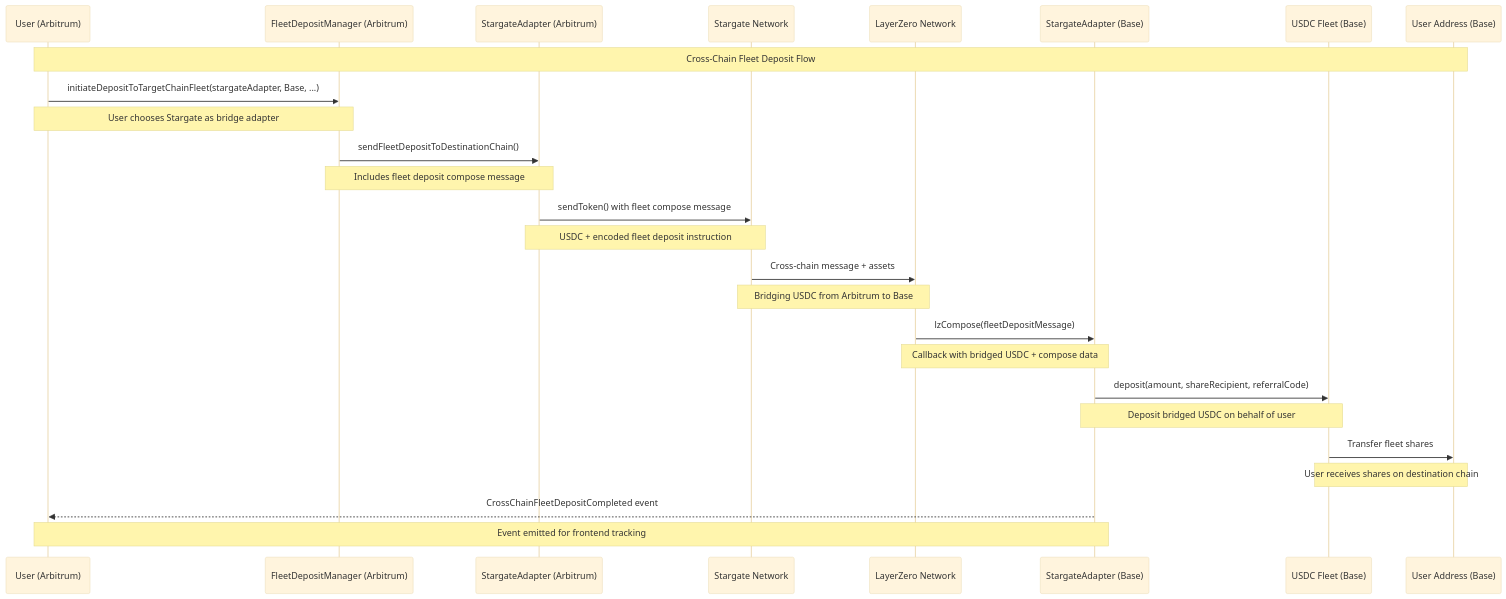
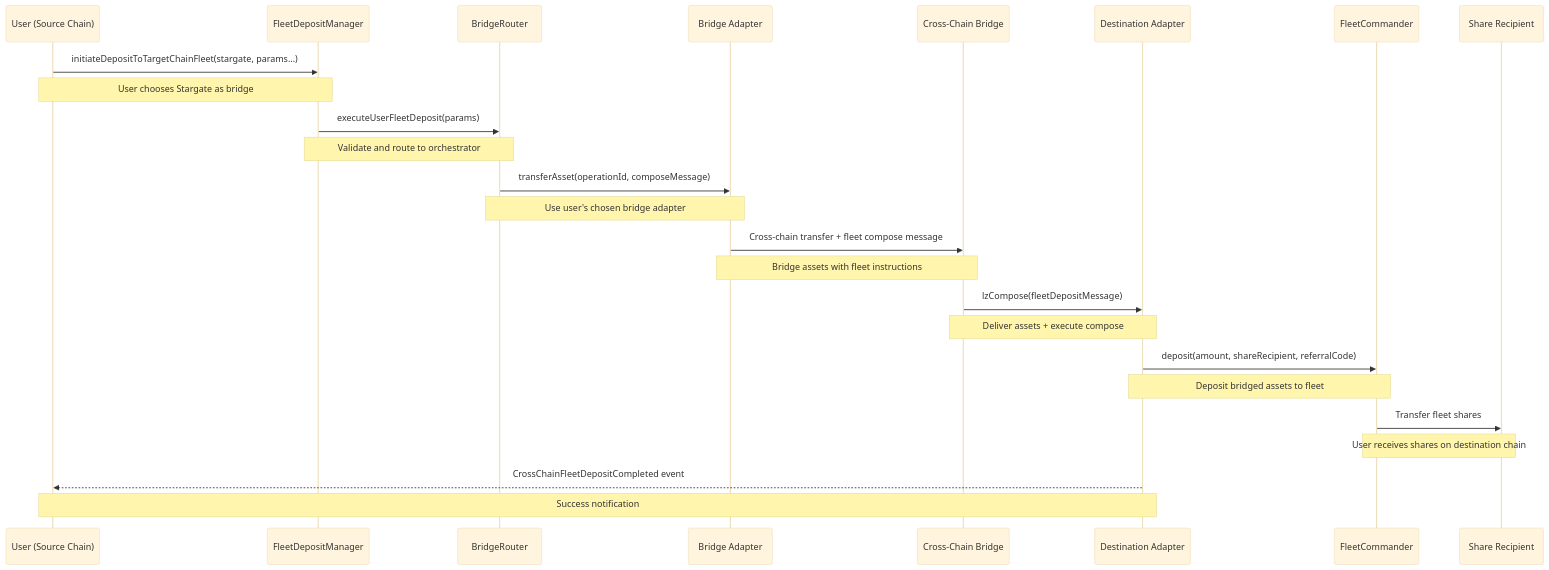
Before and after one commit to OasisDEX/summer-earn-protocol: the second of 2 diagrams in packages/core-contracts/CROSS_CHAIN_FLEET_DEPOSITS.md, drawn with Mermaid (base theme). The commit also changed other lines of this file, not shown here.

First line of the commit message:
docs: refine Cross-Chain Fleet Deposits implementation guide

````diff
--- a/packages/core-contracts/CROSS_CHAIN_FLEET_DEPOSITS.md
+++ b/packages/core-contracts/CROSS_CHAIN_FLEET_DEPOSITS.md
@@ -256,41 +143,35 @@
 ```mermaid
 sequenceDiagram
-    participant User as User (Arbitrum)
-    participant FleetDepositManager as FleetDepositManager (Arbitrum)
-    participant SourceAdapter as StargateAdapter (Arbitrum)  
-    participant Stargate as Stargate Network
-    participant LayerZero as LayerZero Network
-    participant DestAdapter as StargateAdapter (Base)
-    participant FleetCommander as USDC Fleet (Base)
-    participant ShareRecipient as User Address (Base)
+    participant User as User (Source Chain)
+    participant FDM as FleetDepositManager
+    participant BR as BridgeRouter
+    participant Adapter as Bridge Adapter
+    participant Bridge as Cross-Chain Bridge
+    participant DestAdapter as Destination Adapter
+    participant FC as FleetCommander
+    participant SR as Share Recipient
 
-    Note over User,ShareRecipient: Cross-Chain Fleet Deposit Flow
+    User->>FDM: initiateDepositToTargetChainFleet(stargate, params...)
+    Note over User,FDM: User chooses Stargate as bridge
     
-    %% Source Chain Operations
-    User->>FleetDepositManager: initiateDepositToTargetChainFleet(stargateAdapter, Base, ...)
-    Note over User,FleetDepositManager: User chooses Stargate as bridge adapter
+    FDM->>BR: executeUserFleetDeposit(params)
+    Note over FDM,BR: Validate and route to orchestrator
     
-    FleetDepositManager->>SourceAdapter: sendFleetDepositToDestinationChain()
-    Note over FleetDepositManager,SourceAdapter: Includes fleet deposit compose message
+    BR->>Adapter: transferAsset(operationId, composeMessage)
+    Note over BR,Adapter: Use user's chosen bridge adapter
     
-    SourceAdapter->>Stargate: sendToken() with fleet compose message
-    Note over SourceAdapter,Stargate: USDC + encoded fleet deposit instruction
+    Adapter->>Bridge: Cross-chain transfer + fleet compose message
+    Note over Adapter,Bridge: Bridge assets with fleet instructions
     
-    %% Cross-Chain Bridge
-    Stargate->>LayerZero: Cross-chain message + assets
-    Note over Stargate,LayerZero: Bridging USDC from Arbitrum to Base
+    Bridge->>DestAdapter: lzCompose(fleetDepositMessage)
+    Note over Bridge,DestAdapter: Deliver assets + execute compose
     
-    %% Destination Chain Operations  
-    LayerZero->>DestAdapter: lzCompose(fleetDepositMessage)
-    Note over LayerZero,DestAdapter: Callback with bridged USDC + compose data
+    DestAdapter->>FC: deposit(amount, shareRecipient, referralCode)
+    Note over DestAdapter,FC: Deposit bridged assets to fleet
     
-    DestAdapter->>FleetCommander: deposit(amount, shareRecipient, referralCode)
-    Note over DestAdapter,FleetCommander: Deposit bridged USDC on behalf of user
+    FC->>SR: Transfer fleet shares
+    Note over FC,SR: User receives shares on destination chain
     
-    FleetCommander->>ShareRecipient: Transfer fleet shares
-    Note over FleetCommander,ShareRecipient: User receives shares on destination chain
-    
-    %% Success Event
     DestAdapter-->>User: CrossChainFleetDepositCompleted event
-    Note over DestAdapter,User: Event emitted for frontend tracking
+    Note over DestAdapter,User: Success notification
 ```
````
